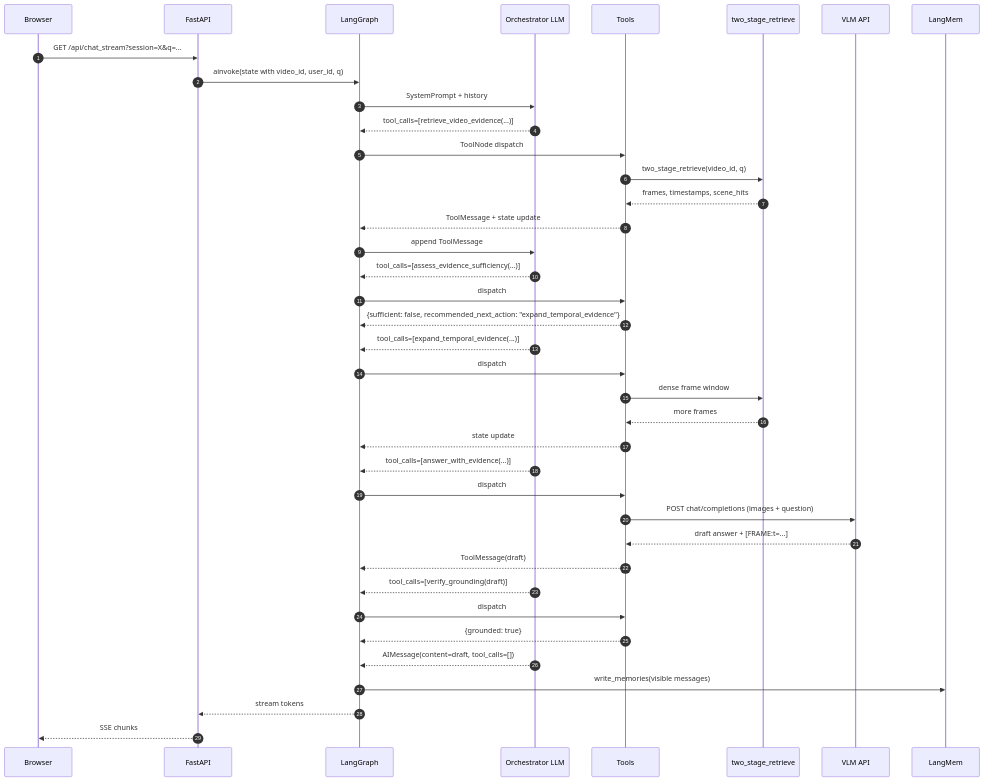
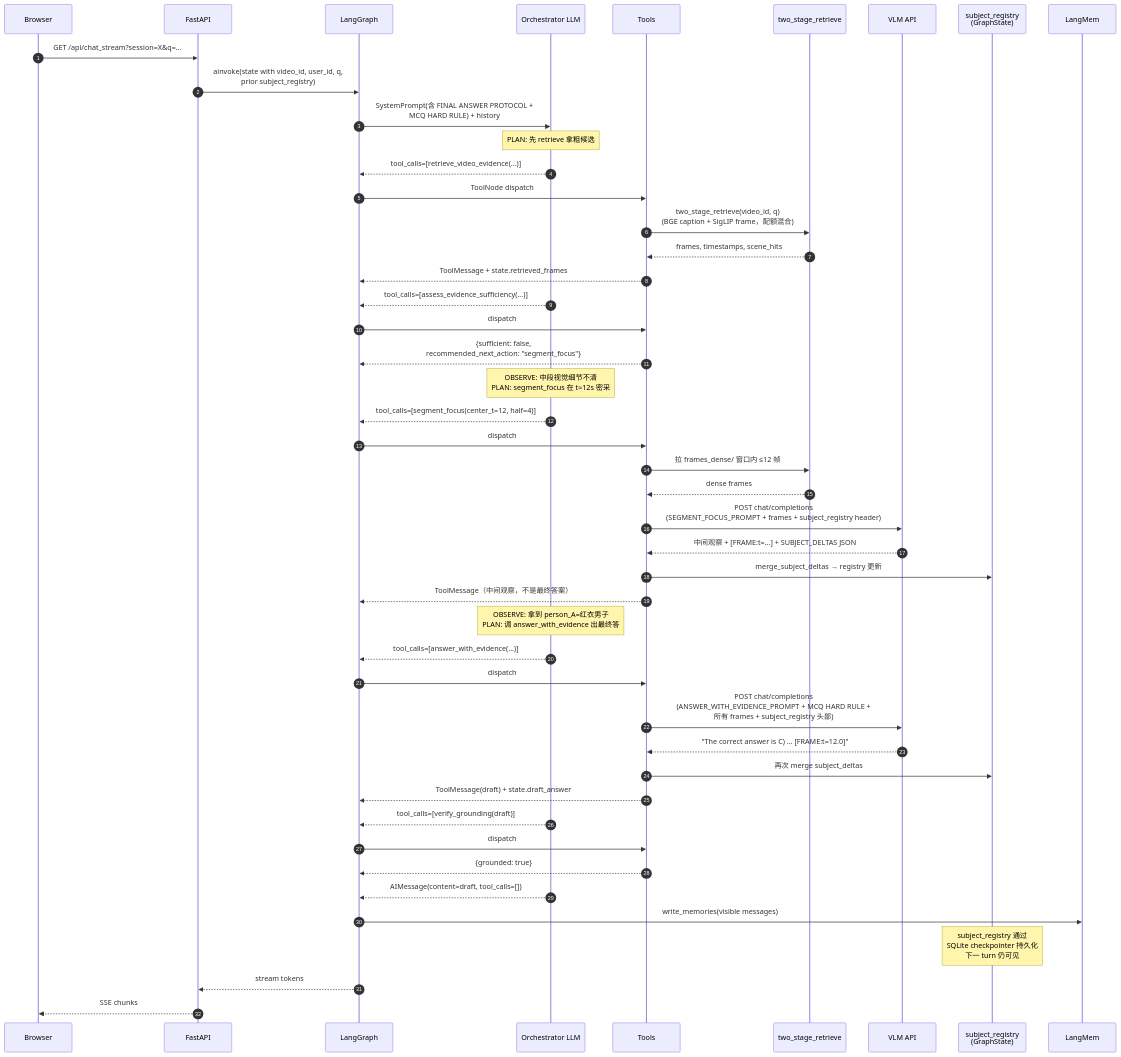
Before and after one commit to MichaelSou1/reading-not-reasoning: the fifth of 5 diagrams in README.md, drawn with Mermaid. The commit also changed other lines of this file and 3 other files, not shown here.

````diff
--- a/README.md
+++ b/README.md
@@ -334,42 +382,55 @@
 ```mermaid
 sequenceDiagram
     autonumber
     participant UI as Browser
     participant API as FastAPI
     participant G as LangGraph
     participant O as Orchestrator LLM
     participant T as Tools
     participant R as two_stage_retrieve
     participant V as VLM API
+    participant SR as subject_registry<br/>(GraphState)
     participant LM as LangMem
 
     UI->>API: GET /api/chat_stream?session=X&q=...
-    API->>G: ainvoke(state with video_id, user_id, q)
-    G->>O: SystemPrompt + history
+    API->>G: ainvoke(state with video_id, user_id, q,<br/>prior subject_registry)
+    G->>O: SystemPrompt(含 FINAL ANSWER PROTOCOL +<br/>MCQ HARD RULE) + history
+    note over O: PLAN: 先 retrieve 拿粗候选
+
     O-->>G: tool_calls=[retrieve_video_evidence(...)]
     G->>T: ToolNode dispatch
-    T->>R: two_stage_retrieve(video_id, q)
+    T->>R: two_stage_retrieve(video_id, q)<br/>(BGE caption + SigLIP frame，配额混合)
     R-->>T: frames, timestamps, scene_hits
-    T-->>G: ToolMessage + state update
-    G->>O: append ToolMessage
+    T-->>G: ToolMessage + state.retrieved_frames
+
     O-->>G: tool_calls=[assess_evidence_sufficiency(...)]
     G->>T: dispatch
-    T-->>G: {sufficient: false, recommended_next_action: "expand_temporal_evidence"}
-    O-->>G: tool_calls=[expand_temporal_evidence(...)]
+    T-->>G: {sufficient: false,<br/>recommended_next_action: "segment_focus"}
+    note over O: OBSERVE: 中段视觉细节不清<br/>PLAN: segment_focus 在 t≈12s 密采
+
+    O-->>G: tool_calls=[segment_focus(center_t=12, half=4)]
     G->>T: dispatch
-    T->>R: dense frame window
-    R-->>T: more frames
-    T-->>G: state update
+    T->>R: 拉 frames_dense/ 窗口内 ≤12 帧
+    R-->>T: dense frames
+    T->>V: POST chat/completions<br/>(SEGMENT_FOCUS_PROMPT + frames + subject_registry header)
+    V-->>T: 中间观察 + [FRAME:t=...] + SUBJECT_DELTAS JSON
+    T->>SR: merge_subject_deltas → registry 更新
+    T-->>G: ToolMessage（中间观察，不是最终答案）
+    note over O: OBSERVE: 拿到 person_A=红衣男子<br/>PLAN: 调 answer_with_evidence 出最终答
+
     O-->>G: tool_calls=[answer_with_evidence(...)]
     G->>T: dispatch
-    T->>V: POST chat/completions (images + question)
-    V-->>T: draft answer + [FRAME:t=...]
-    T-->>G: ToolMessage(draft)
+    T->>V: POST chat/completions<br/>(ANSWER_WITH_EVIDENCE_PROMPT + MCQ HARD RULE +<br/>所有 frames + subject_registry 头部)
+    V-->>T: "The correct answer is C) ... [FRAME:t=12.0]"
+    T->>SR: 再次 merge subject_deltas
+    T-->>G: ToolMessage(draft) + state.draft_answer
+
     O-->>G: tool_calls=[verify_grounding(draft)]
     G->>T: dispatch
     T-->>G: {grounded: true}
     O-->>G: AIMessage(content=draft, tool_calls=[])
     G->>LM: write_memories(visible messages)
+    note over SR: subject_registry 通过<br/>SQLite checkpointer 持久化<br/>下一 turn 仍可见
     G-->>API: stream tokens
     API-->>UI: SSE chunks
 ```
````
